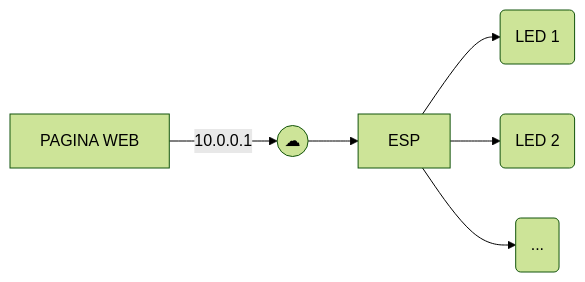
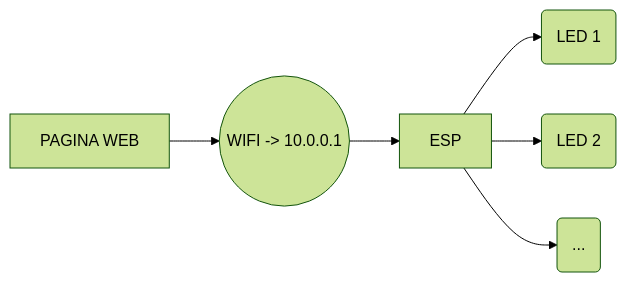
The second of 3 diagrams in README.md (Condiolov/AppCasa), drawn with Mermaid (forest theme) before and after one commit.

````diff
--- a/README.md
+++ b/README.md
@@ -28,8 +28,8 @@
 ```mermaid
 graph LR
-A[PAGINA WEB] -- 10.0.0.1 --> B((☁))
+A[PAGINA WEB] --> B((WIFI -> 10.0.0.1))
 B --> D[ESP]
 D-->E(LED 1)
 D-->F(LED 2)
 D-->H(...)
 ```
````
